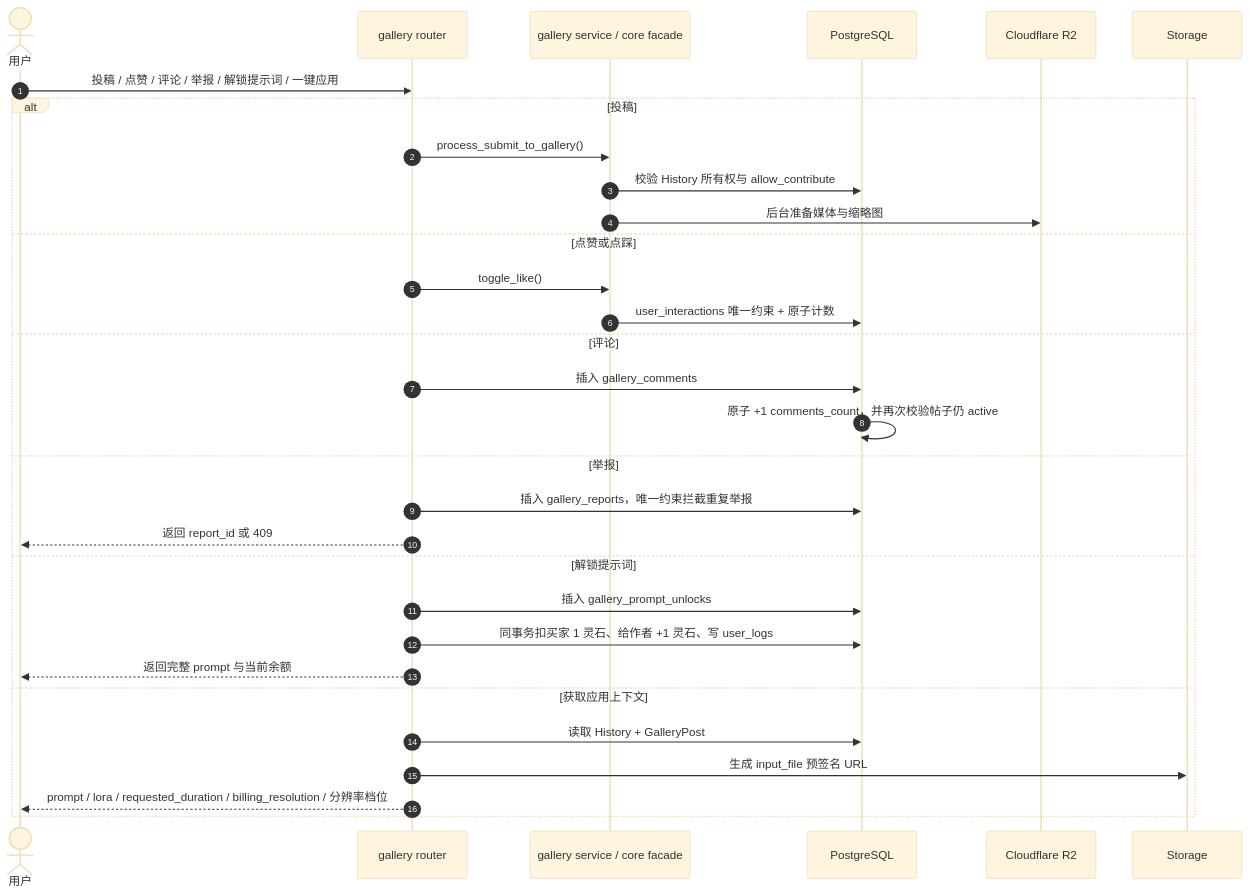
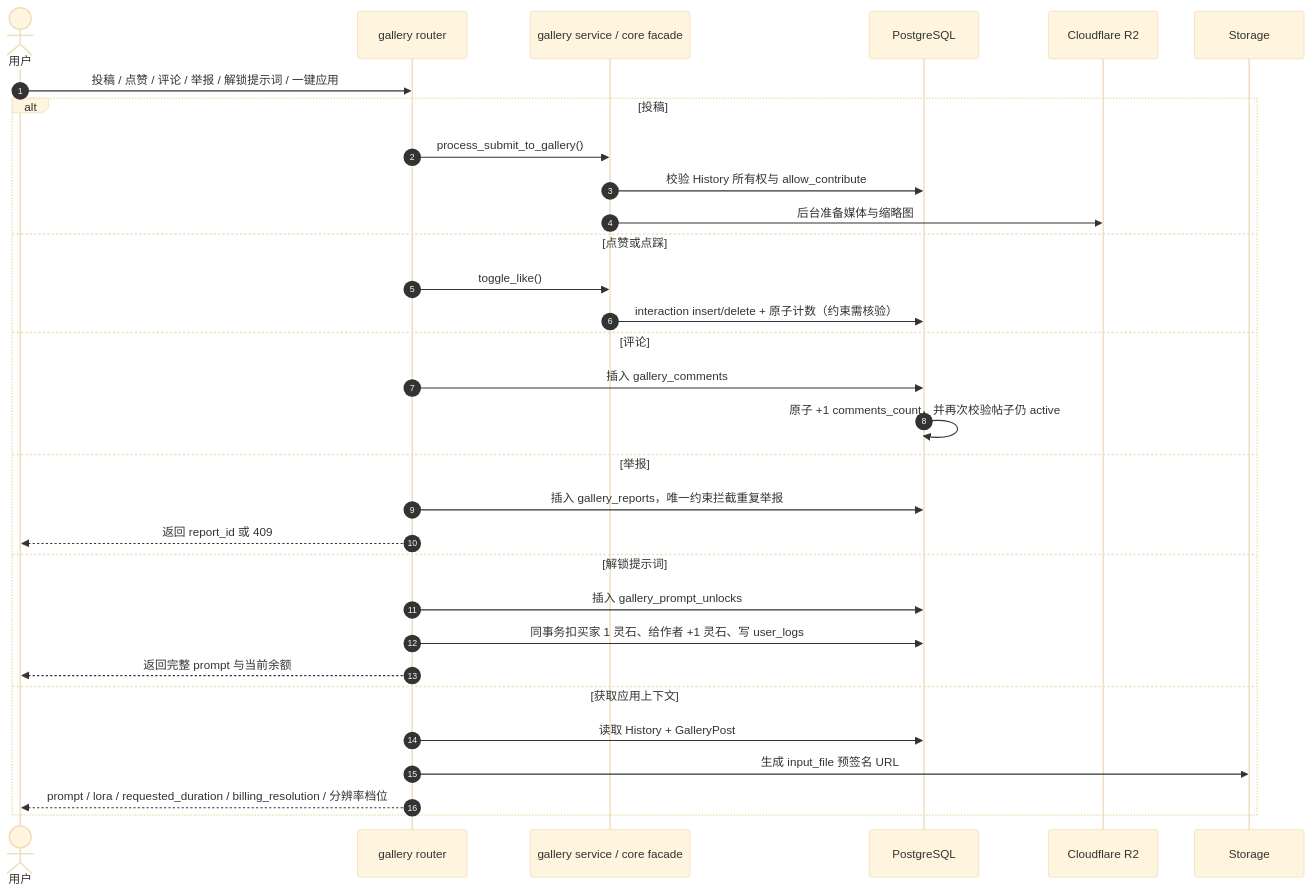
Before and after one commit to giraffu/All_bot: the diagram in docs/子模块_社区与存储_gallery_storage.md, drawn with Mermaid (base theme). The commit also changed other lines of this file and 51 other files, not shown here.

````diff
--- a/docs/子模块_社区与存储_gallery_storage.md
+++ b/docs/子模块_社区与存储_gallery_storage.md
@@ -40,34 +41,34 @@
 ```mermaid
 sequenceDiagram
     autonumber
     actor U as 用户
     participant API as gallery router
     participant Core as gallery service / core facade
     participant PG as PostgreSQL
     participant R2 as Cloudflare R2
     participant S as Storage
 
     U->>API: 投稿 / 点赞 / 评论 / 举报 / 解锁提示词 / 一键应用
     alt 投稿
         API->>Core: process_submit_to_gallery()
         Core->>PG: 校验 History 所有权与 allow_contribute
         Core->>R2: 后台准备媒体与缩略图
     else 点赞或点踩
         API->>Core: toggle_like()
-        Core->>PG: user_interactions 唯一约束 + 原子计数
+        Core->>PG: interaction insert/delete + 原子计数（约束需核验）
     else 评论
         API->>PG: 插入 gallery_comments
         PG->>PG: 原子 +1 comments_count，并再次校验帖子仍 active
     else 举报
         API->>PG: 插入 gallery_reports，唯一约束拦截重复举报
         API-->>U: 返回 report_id 或 409
     else 解锁提示词
         API->>PG: 插入 gallery_prompt_unlocks
         API->>PG: 同事务扣买家 1 灵石、给作者 +1 灵石、写 user_logs
         API-->>U: 返回完整 prompt 与当前余额
     else 获取应用上下文
         API->>PG: 读取 History + GalleryPost
         API->>S: 生成 input_file 预签名 URL
         API-->>U: prompt / lora / requested_duration / billing_resolution / 分辨率档位
     end
 ```
````
